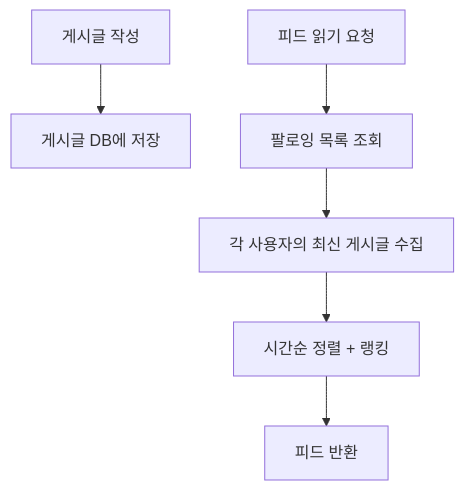
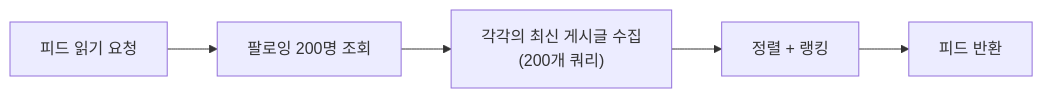
One commit to yjkim2015/yjkim2015.github.io changed the second of 6 diagrams in _posts/systemdesign/2026-05-02-system-design-newsfeed.md. Above: the diagram before and after it, drawn with Mermaid. The commit also changed other lines of this file and 122 other files, not shown here.

````diff
--- a/_posts/systemdesign/2026-05-02-system-design-newsfeed.md
+++ b/_posts/systemdesign/2026-05-02-system-design-newsfeed.md
@@ -87,9 +79,7 @@
 ```mermaid
-graph TD
-    Write["게시글 작성"] --> DB["게시글 DB에 저장"]
-
-    Read["피드 읽기 요청"] --> Fetch["팔로잉 목록 조회"]
-    Fetch --> Gather["각 사용자의 최신 게시글 수집"]
-    Gather --> Sort["시간순 정렬 + 랭킹"]
-    Sort --> Return["피드 반환"]
+graph LR
+    ReadReq["피드 읽기 요청"] --> Fetch["팔로잉 200명 조회"]
+    Fetch --> Gather["각각의 최신 게시글 수집\n(200개 쿼리)"]
+    Gather --> Sort["정렬 + 랭킹"]
+    Sort --> Result["피드 반환"]
 ```
````
